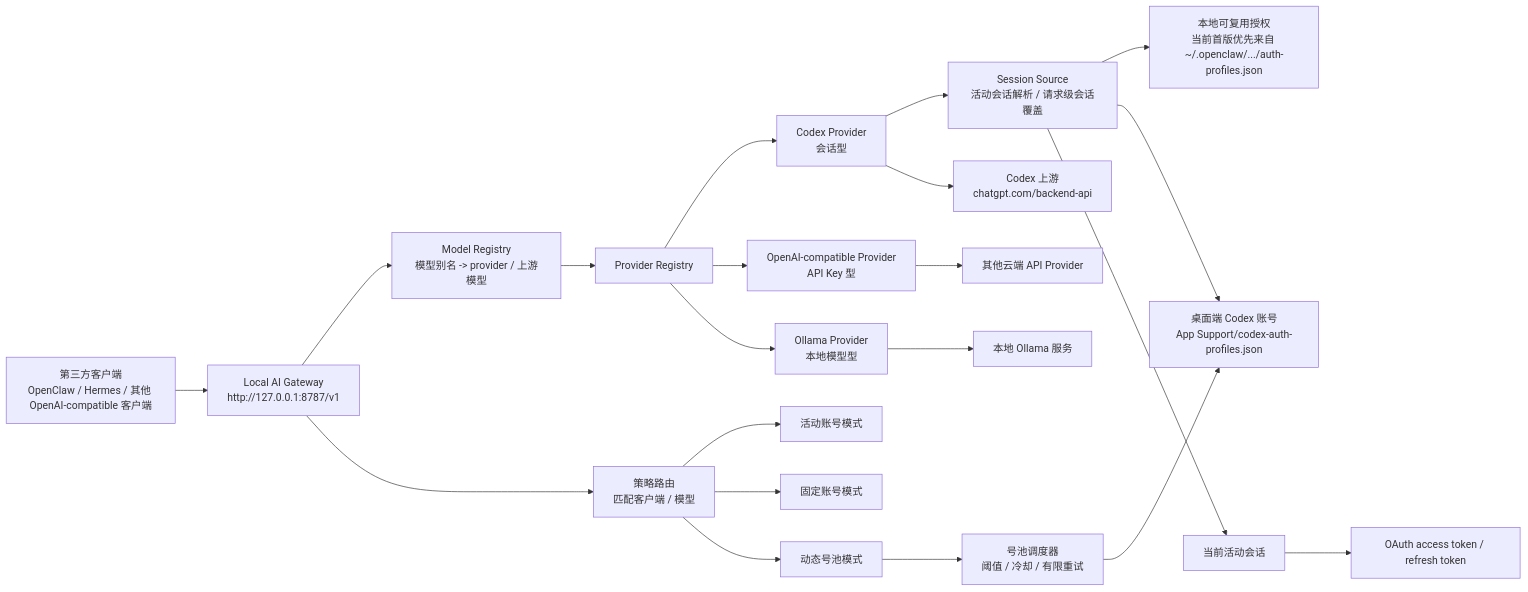
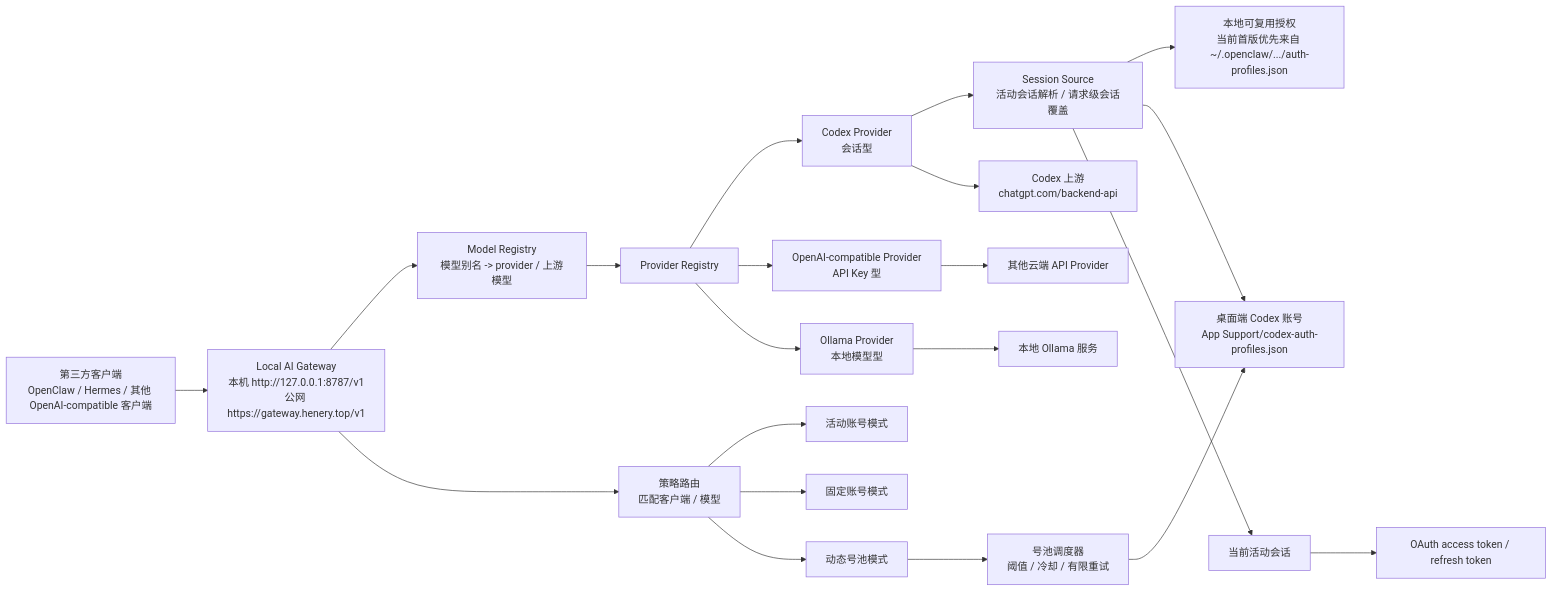
One commit to Henery002/local-ai-gateway changed the diagram in docs/architecture/概念地图.md. Above: the diagram before and after it, drawn with Mermaid. The commit also changed other lines of this file and 15 other files, not shown here.

````diff
--- a/docs/architecture/概念地图.md
+++ b/docs/architecture/概念地图.md
@@ -7,27 +7,27 @@
 ```mermaid
 flowchart LR
-    A["第三方客户端<br/>OpenClaw / Hermes / 其他 OpenAI-compatible 客户端"] --> B["Local AI Gateway<br/>http://127.0.0.1:8787/v1"]
+    A["第三方客户端<br/>OpenClaw / Hermes / 其他 OpenAI-compatible 客户端"] --> B["Local AI Gateway<br/>本机 http://127.0.0.1:8787/v1<br/>公网 https://gateway.henery.top/v1"]
     B --> C["Model Registry<br/>模型别名 -> provider / 上游模型"]
     C --> D["Provider Registry"]
 
     D --> E["Codex Provider<br/>会话型"]
     D --> F["OpenAI-compatible Provider<br/>API Key 型"]
     D --> G["Ollama Provider<br/>本地模型型"]
 
     B --> P["策略路由<br/>匹配客户端 / 模型"]
     P --> Q["活动账号模式"]
     P --> R["固定账号模式"]
     P --> S["动态号池模式"]
 
     E --> H["Session Source<br/>活动会话解析 / 请求级会话覆盖"]
     H --> I["本地可复用授权<br/>当前首版优先来自 ~/.openclaw/.../auth-profiles.json"]
     H --> J["桌面端 Codex 账号<br/>App Support/codex-auth-profiles.json"]
     H --> K["当前活动会话"]
     S --> T["号池调度器<br/>阈值 / 冷却 / 有限重试"]
     T --> J
     K --> L["OAuth access token / refresh token"]
     E --> M["Codex 上游<br/>chatgpt.com/backend-api"]
 
     F --> N["其他云端 API Provider"]
     G --> O["本地 Ollama 服务"]
 ```
````
